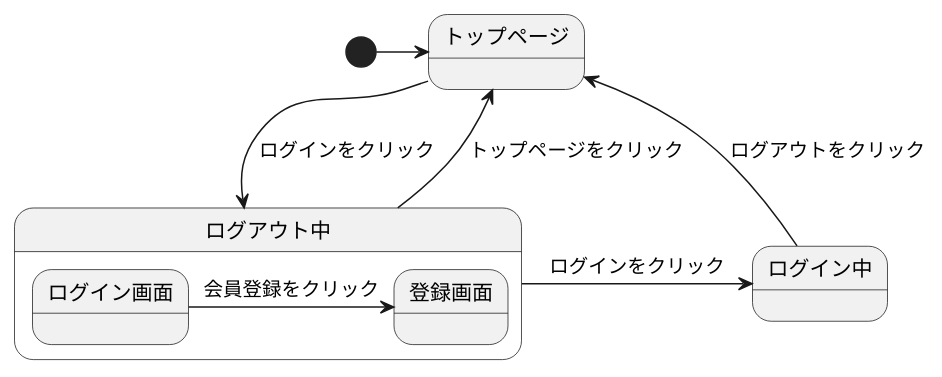
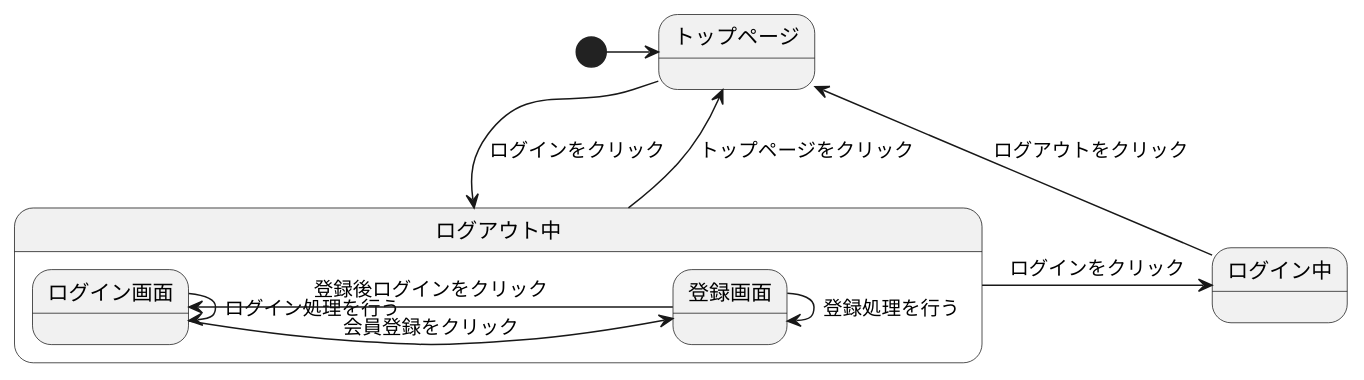
The diagram in gamen2.md (Aso2001409/2021sys-design), drawn with PlantUML before and after one commit.

````diff
--- a/gamen2.md
+++ b/gamen2.md
@@ -1,15 +1,18 @@
 ```uml
 @startuml
 [*]->トップページ
 トップページ-->ログアウト中 :ログインをクリック
 ログアウト中->トップページ :トップページをクリック
 ログイン中->トップページ : ログアウトをクリック
 state ログアウト中{
   ログイン画面->登録画面 :会員登録をクリック
+  ログイン画面->ログイン画面 :ログイン処理を行う
+  登録画面->登録画面 :登録処理を行う
+  登録画面-> ログイン画面 :登録後ログインをクリック
 }
 ログアウト中->ログイン中 :ログインをクリック
 state ログイン中{
   
   }
 @enduml
 ```
````
